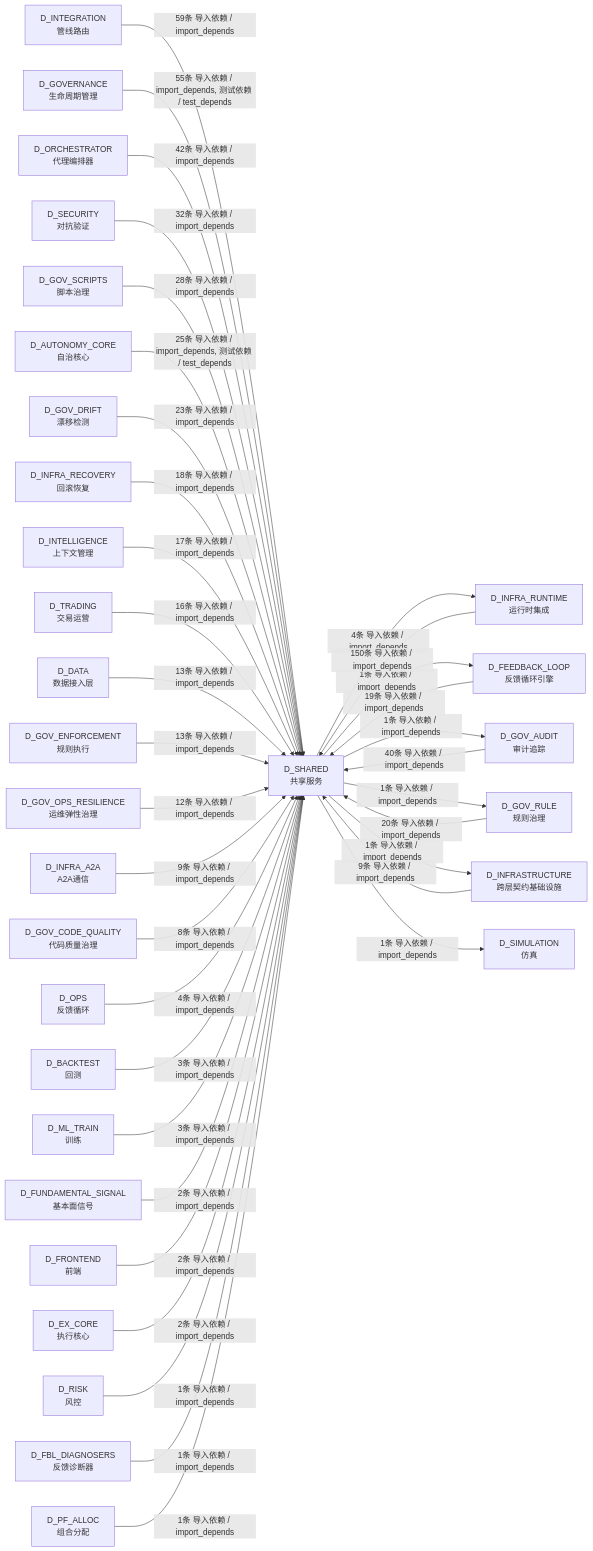
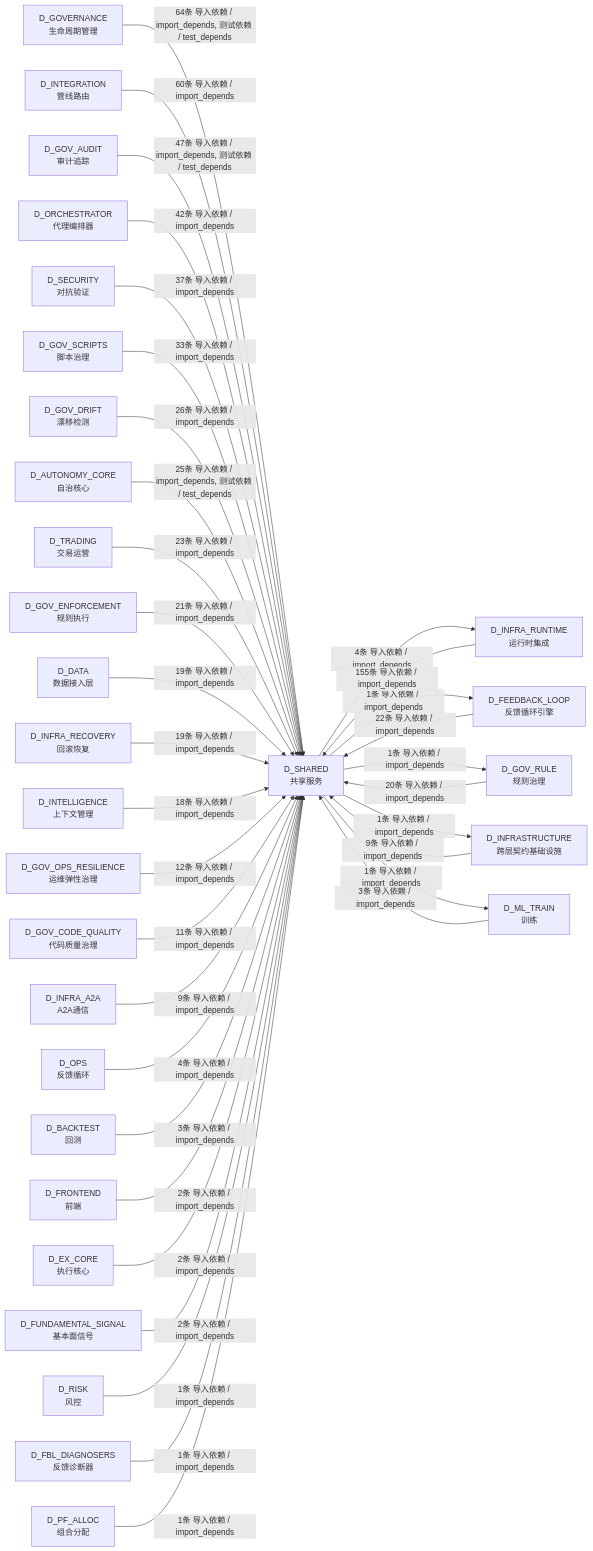
One commit to xuanFelixVan/ZephyrAlpha changed the ninth of 9 diagrams in docs/02_enterprise_architecture/02_domain_architecture_docs/26_d_shared.md. Above: the diagram before and after it, drawn with Mermaid. The commit also changed other lines of this file and 128 other files, not shown here.

````diff
--- a/docs/02_enterprise_architecture/02_domain_architecture_docs/26_d_shared.md
+++ b/docs/02_enterprise_architecture/02_domain_architecture_docs/26_d_shared.md
@@ -1719,69 +1769,67 @@
 ```mermaid
 graph LR
     D_SHARED["D_SHARED<br/>共享服务"]
     D_INFRA_RUNTIME["D_INFRA_RUNTIME<br/>运行时集成"]
     D_FEEDBACK_LOOP["D_FEEDBACK_LOOP<br/>反馈循环引擎"]
-    D_GOV_AUDIT["D_GOV_AUDIT<br/>审计追踪"]
     D_GOV_RULE["D_GOV_RULE<br/>规则治理"]
     D_INFRASTRUCTURE["D_INFRASTRUCTURE<br/>跨层契约基础设施"]
-    D_SIMULATION["D_SIMULATION<br/>仿真"]
+    D_ML_TRAIN["D_ML_TRAIN<br/>训练"]
+    D_GOVERNANCE["D_GOVERNANCE<br/>生命周期管理"]
     D_INTEGRATION["D_INTEGRATION<br/>管线路由"]
-    D_GOVERNANCE["D_GOVERNANCE<br/>生命周期管理"]
+    D_GOV_AUDIT["D_GOV_AUDIT<br/>审计追踪"]
     D_ORCHESTRATOR["D_ORCHESTRATOR<br/>代理编排器"]
     D_SECURITY["D_SECURITY<br/>对抗验证"]
     D_GOV_SCRIPTS["D_GOV_SCRIPTS<br/>脚本治理"]
+    D_GOV_DRIFT["D_GOV_DRIFT<br/>漂移检测"]
     D_AUTONOMY_CORE["D_AUTONOMY_CORE<br/>自治核心"]
-    D_GOV_DRIFT["D_GOV_DRIFT<br/>漂移检测"]
+    D_TRADING["D_TRADING<br/>交易运营"]
+    D_GOV_ENFORCEMENT["D_GOV_ENFORCEMENT<br/>规则执行"]
+    D_DATA["D_DATA<br/>数据接入层"]
     D_INFRA_RECOVERY["D_INFRA_RECOVERY<br/>回滚恢复"]
     D_INTELLIGENCE["D_INTELLIGENCE<br/>上下文管理"]
-    D_TRADING["D_TRADING<br/>交易运营"]
-    D_DATA["D_DATA<br/>数据接入层"]
-    D_GOV_ENFORCEMENT["D_GOV_ENFORCEMENT<br/>规则执行"]
     D_GOV_OPS_RESILIENCE["D_GOV_OPS_RESILIENCE<br/>运维弹性治理"]
+    D_GOV_CODE_QUALITY["D_GOV_CODE_QUALITY<br/>代码质量治理"]
     D_INFRA_A2A["D_INFRA_A2A<br/>A2A通信"]
-    D_GOV_CODE_QUALITY["D_GOV_CODE_QUALITY<br/>代码质量治理"]
     D_OPS["D_OPS<br/>反馈循环"]
     D_BACKTEST["D_BACKTEST<br/>回测"]
-    D_ML_TRAIN["D_ML_TRAIN<br/>训练"]
-    D_FUNDAMENTAL_SIGNAL["D_FUNDAMENTAL_SIGNAL<br/>基本面信号"]
     D_FRONTEND["D_FRONTEND<br/>前端"]
     D_EX_CORE["D_EX_CORE<br/>执行核心"]
+    D_FUNDAMENTAL_SIGNAL["D_FUNDAMENTAL_SIGNAL<br/>基本面信号"]
     D_RISK["D_RISK<br/>风控"]
     D_FBL_DIAGNOSERS["D_FBL_DIAGNOSERS<br/>反馈诊断器"]
     D_PF_ALLOC["D_PF_ALLOC<br/>组合分配"]
     D_SHARED -->|4条 导入依赖 / import_depends| D_INFRA_RUNTIME
     D_SHARED -->|1条 导入依赖 / import_depends| D_FEEDBACK_LOOP
-    D_SHARED -->|1条 导入依赖 / import_depends| D_GOV_AUDIT
     D_SHARED -->|1条 导入依赖 / import_depends| D_GOV_RULE
     D_SHARED -->|1条 导入依赖 / import_depends| D_INFRASTRUCTURE
-    D_SHARED -->|1条 导入依赖 / import_depends| D_SIMULATION
-    D_INFRA_RUNTIME -->|150条 导入依赖 / import_depends| D_SHARED
-    D_INTEGRATION -->|59条 导入依赖 / import_depends| D_SHARED
-    D_GOVERNANCE -->|55条 导入依赖 / import_depends, 测试依赖 / test_depends| D_SHARED
+    D_SHARED -->|1条 导入依赖 / import_depends| D_ML_TRAIN
+    D_INFRA_RUNTIME -->|155条 导入依赖 / import_depends| D_SHARED
+    D_GOVERNANCE -->|64条 导入依赖 / import_depends, 测试依赖 / test_depends| D_SHARED
+    D_INTEGRATION -->|60条 导入依赖 / import_depends| D_SHARED
+    D_GOV_AUDIT -->|47条 导入依赖 / import_depends, 测试依赖 / test_depends| D_SHARED
     D_ORCHESTRATOR -->|42条 导入依赖 / import_depends| D_SHARED
-    D_GOV_AUDIT -->|40条 导入依赖 / import_depends| D_SHARED
-    D_SECURITY -->|32条 导入依赖 / import_depends| D_SHARED
-    D_GOV_SCRIPTS -->|28条 导入依赖 / import_depends| D_SHARED
+    D_SECURITY -->|37条 导入依赖 / import_depends| D_SHARED
+    D_GOV_SCRIPTS -->|33条 导入依赖 / import_depends| D_SHARED
+    D_GOV_DRIFT -->|26条 导入依赖 / import_depends| D_SHARED
     D_AUTONOMY_CORE -->|25条 导入依赖 / import_depends, 测试依赖 / test_depends| D_SHARED
-    D_GOV_DRIFT -->|23条 导入依赖 / import_depends| D_SHARED
+    D_TRADING -->|23条 导入依赖 / import_depends| D_SHARED
+    D_FEEDBACK_LOOP -->|22条 导入依赖 / import_depends| D_SHARED
+    D_GOV_ENFORCEMENT -->|21条 导入依赖 / import_depends| D_SHARED
     D_GOV_RULE -->|20条 导入依赖 / import_depends| D_SHARED
-    D_FEEDBACK_LOOP -->|19条 导入依赖 / import_depends| D_SHARED
-    D_INFRA_RECOVERY -->|18条 导入依赖 / import_depends| D_SHARED
-    D_INTELLIGENCE -->|17条 导入依赖 / import_depends| D_SHARED
-    D_TRADING -->|16条 导入依赖 / import_depends| D_SHARED
-    D_DATA -->|13条 导入依赖 / import_depends| D_SHARED
-    D_GOV_ENFORCEMENT -->|13条 导入依赖 / import_depends| D_SHARED
+    D_DATA -->|19条 导入依赖 / import_depends| D_SHARED
+    D_INFRA_RECOVERY -->|19条 导入依赖 / import_depends| D_SHARED
+    D_INTELLIGENCE -->|18条 导入依赖 / import_depends| D_SHARED
     D_GOV_OPS_RESILIENCE -->|12条 导入依赖 / import_depends| D_SHARED
+    D_GOV_CODE_QUALITY -->|11条 导入依赖 / import_depends| D_SHARED
+    D_INFRA_A2A -->|9条 导入依赖 / import_depends| D_SHARED
     D_INFRASTRUCTURE -->|9条 导入依赖 / import_depends| D_SHARED
-    D_INFRA_A2A -->|9条 导入依赖 / import_depends| D_SHARED
-    D_GOV_CODE_QUALITY -->|8条 导入依赖 / import_depends| D_SHARED
     D_OPS -->|4条 导入依赖 / import_depends| D_SHARED
     D_BACKTEST -->|3条 导入依赖 / import_depends| D_SHARED
     D_ML_TRAIN -->|3条 导入依赖 / import_depends| D_SHARED
-    D_FUNDAMENTAL_SIGNAL -->|2条 导入依赖 / import_depends| D_SHARED
     D_FRONTEND -->|2条 导入依赖 / import_depends| D_SHARED
     D_EX_CORE -->|2条 导入依赖 / import_depends| D_SHARED
+    D_FUNDAMENTAL_SIGNAL -->|2条 导入依赖 / import_depends| D_SHARED
     D_RISK -->|1条 导入依赖 / import_depends| D_SHARED
     D_FBL_DIAGNOSERS -->|1条 导入依赖 / import_depends| D_SHARED
     D_PF_ALLOC -->|1条 导入依赖 / import_depends| D_SHARED
 ```
````
